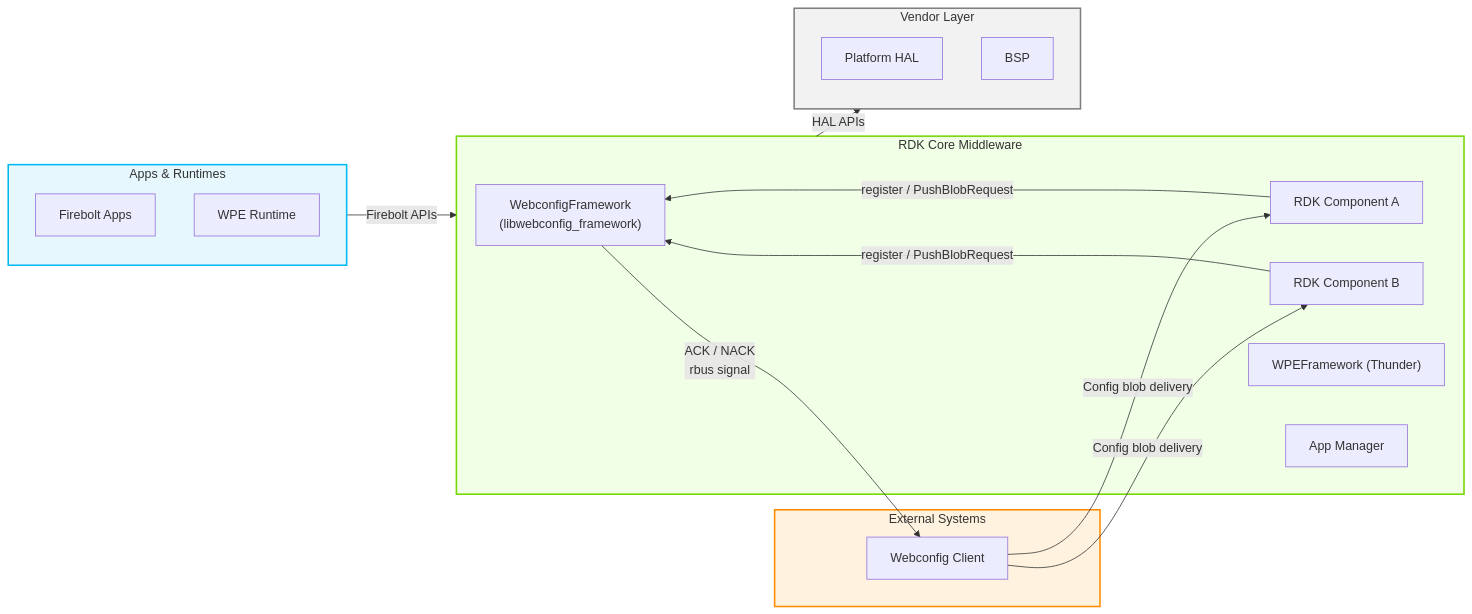
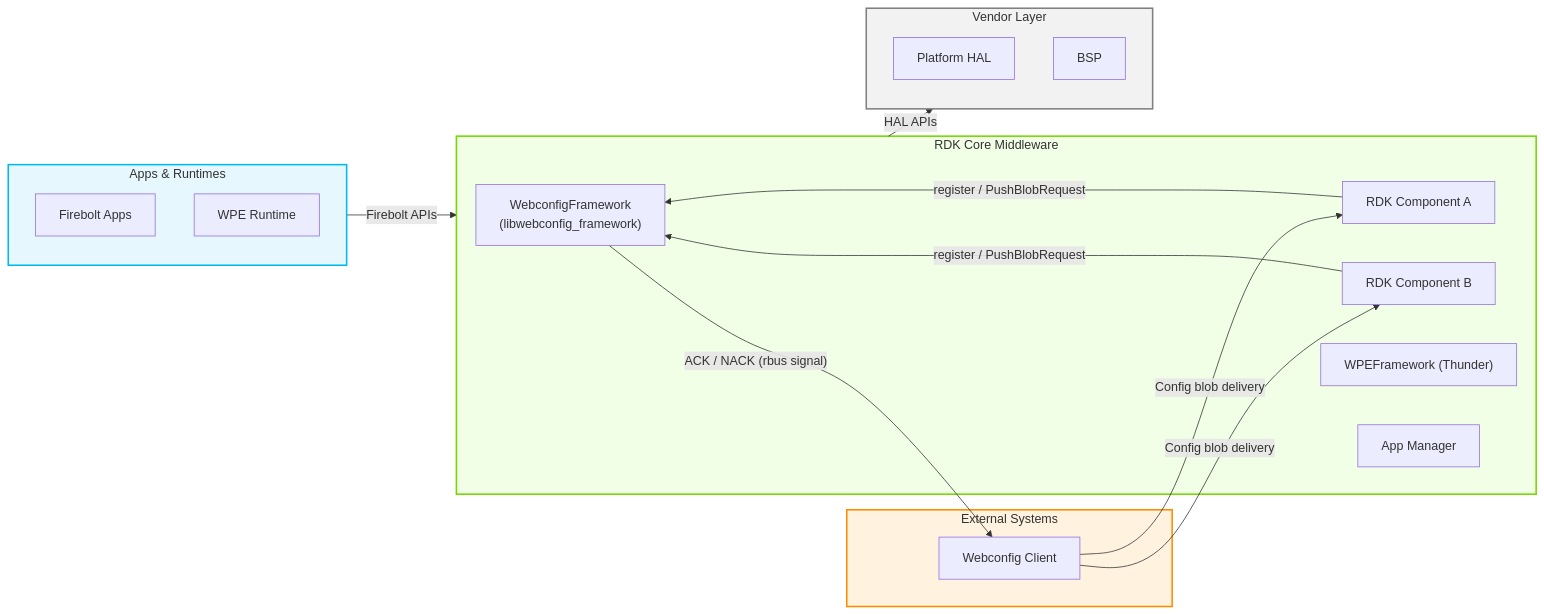
Before and after one commit to rns21/RDK_Documentation: the first of 8 diagrams in docs/docu/RDKV-Documentations/webconfigframework.md, drawn with Mermaid. The commit also changed other lines of this file, not shown here.

````diff
--- a/docs/docu/RDKV-Documentations/webconfigframework.md
+++ b/docs/docu/RDKV-Documentations/webconfigframework.md
@@ -9,43 +9,43 @@
 ```mermaid
 flowchart LR
 
 classDef Apps stroke:#00B9F1,fill:#E6F7FD,stroke-width:2px;
 classDef RDKMW stroke:#75D701,fill:#F1FFE6,stroke-width:2px;
 classDef VL stroke:#808080,fill:#F2F2F2,stroke-width:2px;
 classDef Ext stroke:#FF8C00,fill:#FFF3E0,stroke-width:2px;
 
 subgraph Ext["External Systems"]
     WebcfgClient["Webconfig Client"]
 end
 
 subgraph Apps["Apps & Runtimes"]
     FBApps["Firebolt Apps"]
     WPE_RT["WPE Runtime"]
 end
 
 subgraph RDKMW["RDK Core Middleware"]
     WCF["WebconfigFramework\n(libwebconfig_framework)"]
     CompA["RDK Component A"]
     CompB["RDK Component B"]
     Thunder["WPEFramework (Thunder)"]
     AM["App Manager"]
 end
 
 subgraph VL["Vendor Layer"]
     HAL["Platform HAL"]
     BSP["BSP"]
 end
 
 WebcfgClient -->|"Config blob delivery"| CompA
 WebcfgClient -->|"Config blob delivery"| CompB
 CompA -->|"register / PushBlobRequest"| WCF
 CompB -->|"register / PushBlobRequest"| WCF
-WCF -->|"ACK / NACK\nrbus signal"| WebcfgClient
+WCF -->|"ACK / NACK (rbus signal)"| WebcfgClient
 Apps -->|"Firebolt APIs"| RDKMW
 RDKMW -->|"HAL APIs"| VL
 
 class Apps Apps;
 class RDKMW RDKMW;
 class VL VL;
 class Ext Ext;
 ```
````
